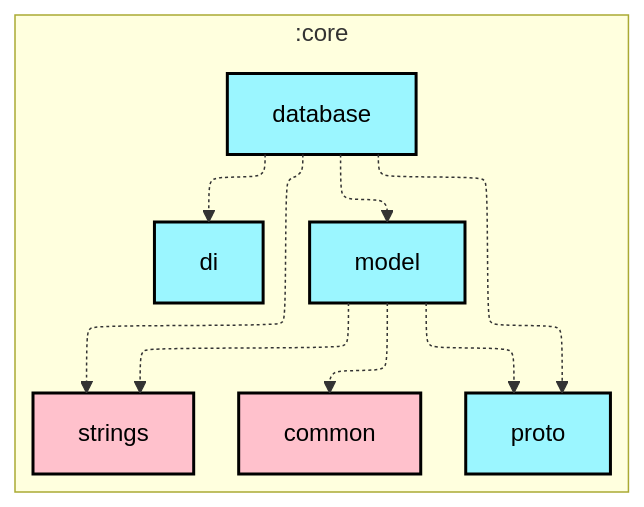
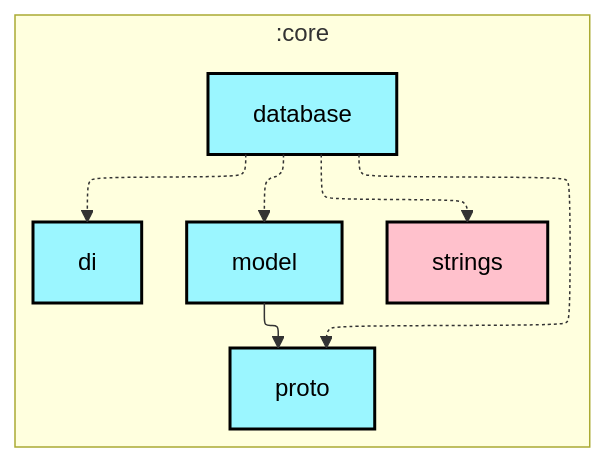
Before and after one commit to meshtastic/Meshtastic-Android: the first of 2 diagrams in core/database/README.md, drawn with Mermaid. The commit also changed 11 other files, not shown here.

First line of the commit message:
chore: Scheduled updates (Firmware, Hardware, Translations, Graphs)

````diff
--- a/core/database/README.md
+++ b/core/database/README.md
@@ -6,36 +6,33 @@
 ```mermaid
 ---
 config:
   layout: elk
   elk:
     nodePlacementStrategy: SIMPLE
 ---
 graph TB
   subgraph :core
     direction TB
-    :core:common[common]:::kmp-library
     :core:database[database]:::android-library
     :core:di[di]:::android-library
     :core:model[model]:::android-library
     :core:proto[proto]:::android-library
     :core:strings[strings]:::kmp-library
   end
 
   :core:database -.-> :core:di
   :core:database -.-> :core:model
   :core:database -.-> :core:proto
   :core:database -.-> :core:strings
-  :core:model -.-> :core:common
-  :core:model -.-> :core:proto
-  :core:model -.-> :core:strings
+  :core:model --> :core:proto
 
 classDef android-application fill:#CAFFBF,stroke:#000,stroke-width:2px,color:#000;
 classDef android-application-compose fill:#CAFFBF,stroke:#000,stroke-width:2px,color:#000;
 classDef android-feature fill:#FFD6A5,stroke:#000,stroke-width:2px,color:#000;
 classDef android-library fill:#9BF6FF,stroke:#000,stroke-width:2px,color:#000;
 classDef android-library-compose fill:#9BF6FF,stroke:#000,stroke-width:2px,color:#000;
 classDef android-test fill:#A0C4FF,stroke:#000,stroke-width:2px,color:#000;
 classDef jvm-library fill:#BDB2FF,stroke:#000,stroke-width:2px,color:#000;
 classDef kmp-library fill:#FFC1CC,stroke:#000,stroke-width:2px,color:#000;
 classDef unknown fill:#FFADAD,stroke:#000,stroke-width:2px,color:#000;
 ```
````
